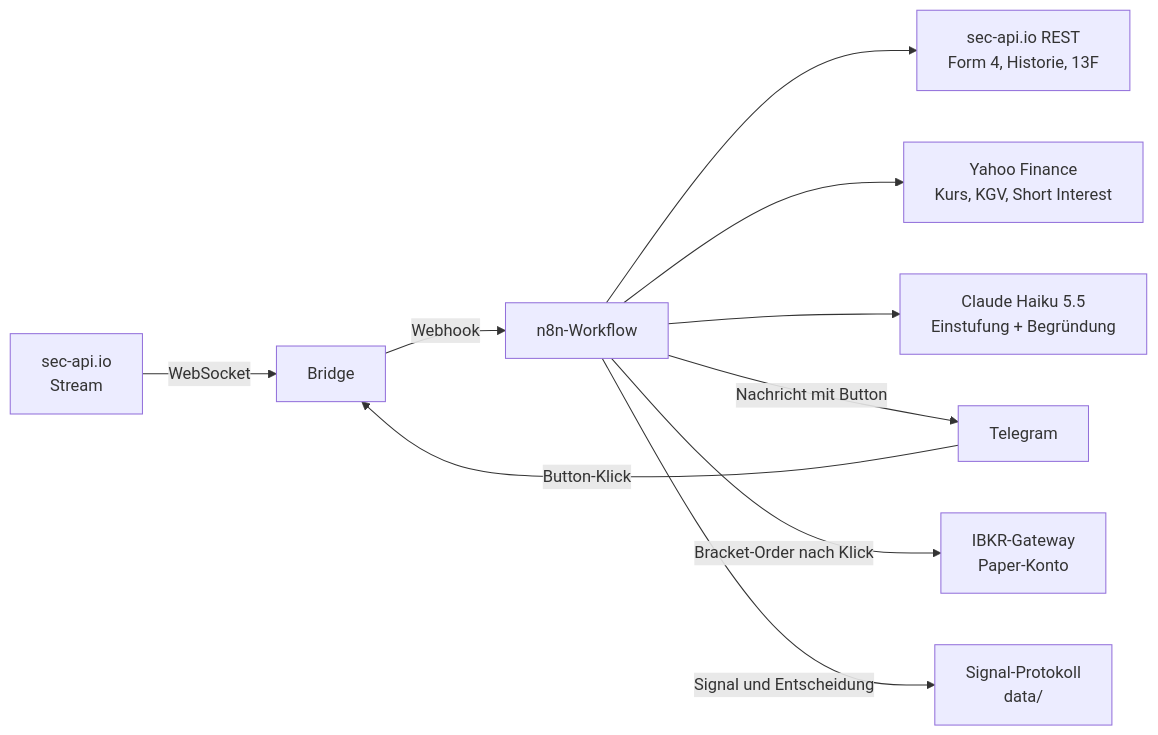
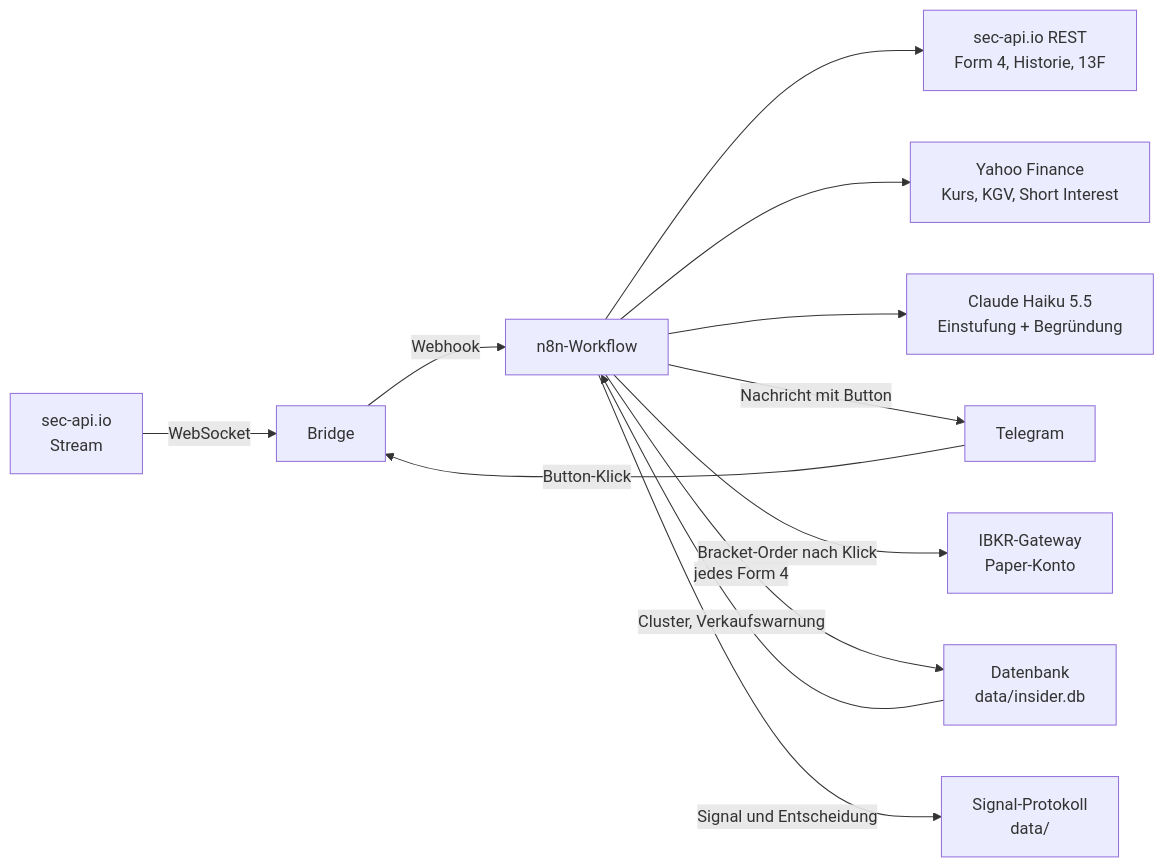
Before and after one commit to Raphi372/Insider: the diagram in README.md, drawn with Mermaid. The commit also changed other lines of this file and 33 other files, not shown here.

First line of the commit message:
Datenbank aller Insider-Meldungen, Kaufwert-Filter, Cluster und Verkaufswarnung

````diff
--- a/README.md
+++ b/README.md
@@ -11,12 +13,14 @@
 ```mermaid
 flowchart LR
   SEC[sec-api.io<br/>Stream] -- WebSocket --> B[Bridge]
   TG[Telegram] -- Button-Klick --> B
   B -- Webhook --> N[n8n-Workflow]
   N --> S1[sec-api.io REST<br/>Form 4, Historie, 13F]
   N --> Y[Yahoo Finance<br/>Kurs, KGV, Short Interest]
   N --> C[Claude Haiku 5.5<br/>Einstufung + Begründung]
   N -- Nachricht mit Button --> TG
   N -- Bracket-Order nach Klick --> I[IBKR-Gateway<br/>Paper-Konto]
+  N -- jedes Form 4 --> D[Datenbank<br/>data/insider.db]
+  D -- "Cluster, Verkaufswarnung" --> N
   N -- Signal und Entscheidung --> J[Signal-Protokoll<br/>data/]
 ```
````
